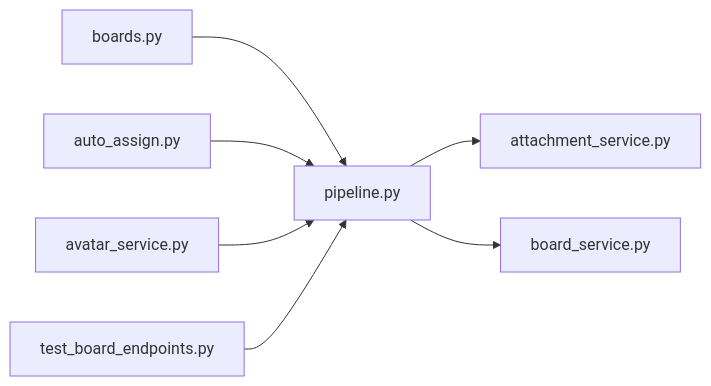
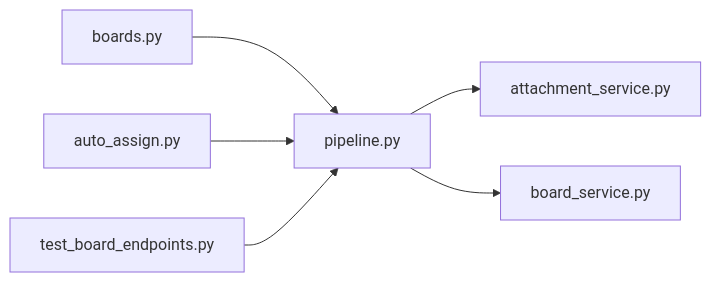
One commit to minkong-dev/Banblit changed the diagram in .cluedoc/graph/backend/src/backend/services/board/pipeline.md. Above: the diagram before and after it, drawn with Mermaid. The commit also changed other lines of this file and 48 other files, not shown here.

````diff
--- a/.cluedoc/graph/backend/src/backend/services/board/pipeline.md
+++ b/.cluedoc/graph/backend/src/backend/services/board/pipeline.md
@@ -10,10 +10,9 @@
 ```mermaid
 flowchart LR
   backend_src_backend_services_board_pipeline["pipeline.py"]
   backend_src_backend_services_board_pipeline --> backend_src_backend_services_board_attachment_service["attachment_service.py"]
   backend_src_backend_services_board_pipeline --> backend_src_backend_services_board_board_service["board_service.py"]
   backend_src_backend_api_routers_boards["boards.py"] --> backend_src_backend_services_board_pipeline
   backend_src_backend_jobs_auto_assign["auto_assign.py"] --> backend_src_backend_services_board_pipeline
-  backend_src_backend_services_roster_avatar_service["avatar_service.py"] --> backend_src_backend_services_board_pipeline
   backend_tests_integration_db_test_board_endpoints["test_board_endpoints.py"] --> backend_src_backend_services_board_pipeline
 ```
````
